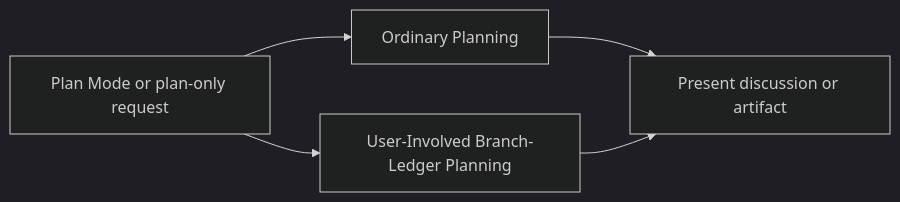
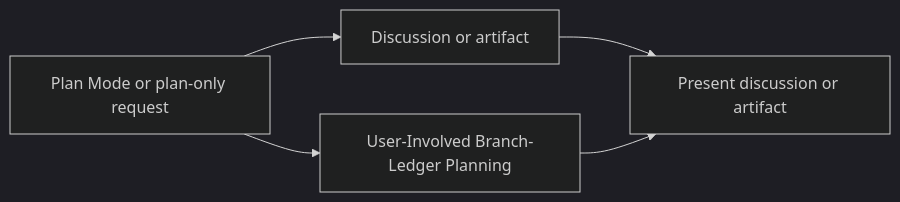
Before and after one commit to filipgutica/filip-stack: the diagram in plugins/workflow/skills/coordinator/references/planning-flow.md, drawn with Mermaid (dark theme). The commit also changed other lines of this file and 11 other files, not shown here.

````diff
--- a/plugins/workflow/skills/coordinator/references/planning-flow.md
+++ b/plugins/workflow/skills/coordinator/references/planning-flow.md
@@ -5,8 +5,8 @@
 ```mermaid
 flowchart LR
     Request["Plan Mode or plan-only request"]
-    Request --> Ordinary["Ordinary Planning"]
+    Request --> Ordinary["Discussion or artifact"]
     Request --> Ledger["User-Involved Branch-Ledger Planning"]
     Ordinary --> Present["Present discussion or artifact"]
     Ledger --> Present
 ```
````
